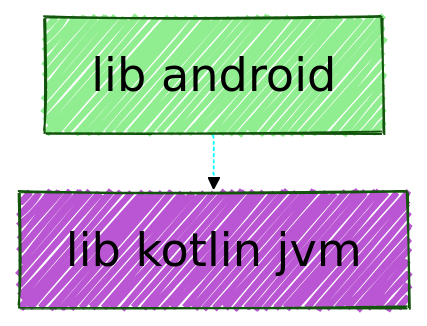
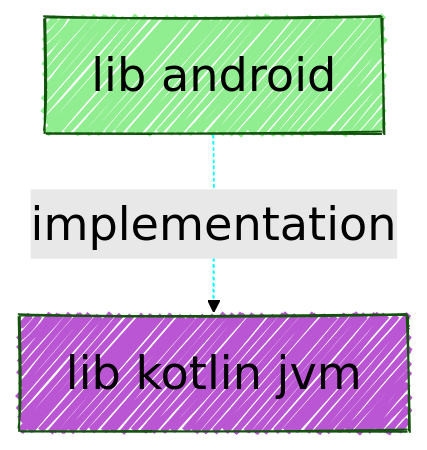
The diagram in samples/sample-mermaid/sample-lib-android/modular/chart.mmd (jonapoul/atlas), drawn with Mermaid before and after one commit. The commit also changed 35 other files, not shown here.

```diff
--- a/samples/sample-mermaid/sample-lib-android/modular/chart.mmd
+++ b/samples/sample-mermaid/sample-lib-android/modular/chart.mmd
@@ -1,28 +1,28 @@
 ---
 config:
   layout: elk
   look: handDrawn
   theme: forest
   elk:
     mergeEdges: true
     forceNodeModelOrder: true
     nodePlacementStrategy: LINEAR_SEGMENTS
     cycleBreakingStrategy: INTERACTIVE
     considerModelOrder: PREFER_EDGES
   themeVariables:
     background: #FFF
     fontFamily: arial
     lineColor: #55FF55
     primaryBorderColor: #FF5555
     primaryColor: #ABC123
     darkMode: true
     fontSize: 30px
     defaultLinkColor: #5555FF
 ---
 graph TD
   lib_android["lib android"]
   lib_kotlin_jvm["lib kotlin jvm"]
   style lib_android fill:lightgreen,fillcolor:lightgreen
   style lib_kotlin_jvm fill:mediumorchid,fillcolor:mediumorchid
-  lib_android -.-> lib_kotlin_jvm
+  lib_android -.implementation.-> lib_kotlin_jvm
   linkStyle 0 stroke:aqua
```
